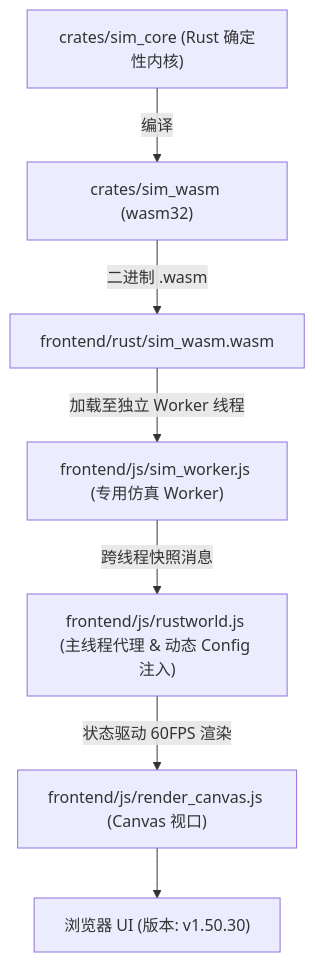
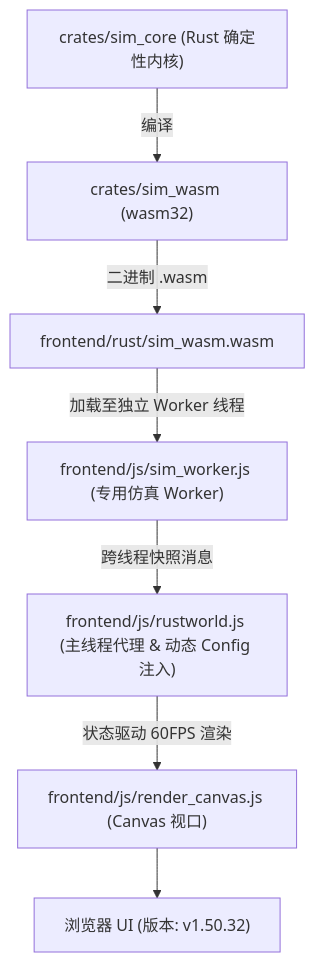
Before and after one commit to g39088902/FlowAndAccord: the diagram in AGENTS.md, drawn with Mermaid. The commit also changed other lines of this file and 25 other files, not shown here.

````diff
--- a/AGENTS.md
+++ b/AGENTS.md
@@ -61,9 +61,9 @@
 ```mermaid
 graph TD
     A["crates/sim_core (Rust 确定性内核)"] -->|编译| B["crates/sim_wasm (wasm32)"]
     B -->|二进制 .wasm| C["frontend/rust/sim_wasm.wasm"]
     C -->|加载至独立 Worker 线程| D["frontend/js/sim_worker.js (专用仿真 Worker)"]
     D -->|跨线程快照消息| E["frontend/js/rustworld.js (主线程代理 & 动态 Config 注入)"]
     E -->|状态驱动 60FPS 渲染| F["frontend/js/render_canvas.js (Canvas 视口)"]
-    F --> G["浏览器 UI (版本: v1.50.30)"]
+    F --> G["浏览器 UI (版本: v1.50.32)"]
 ```
````
